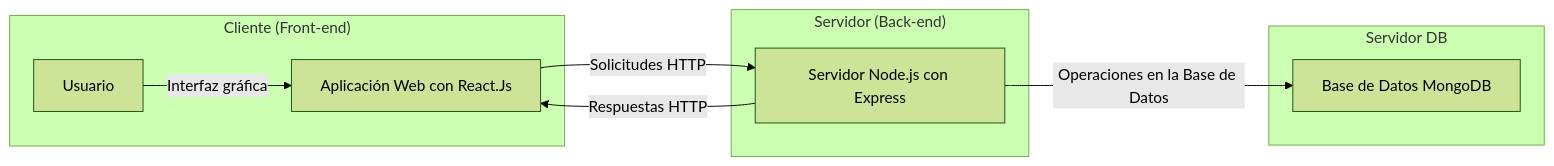
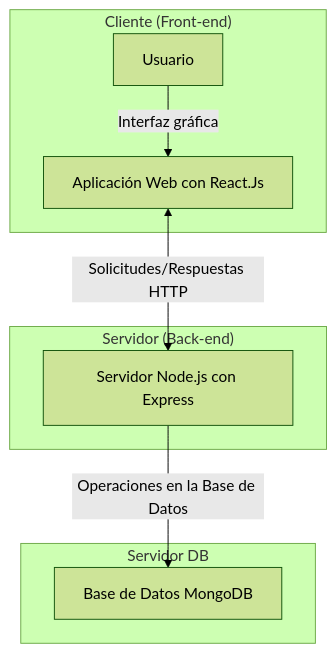
Before and after one commit to StephanJ98/challenges: the first of 7 diagrams in challenge_X/README.md, drawn with Mermaid (forest theme). The commit also changed other lines of this file, not shown here.

Commit message:
:memo: Update challenge_X/README.md

````diff
--- a/challenge_X/README.md
+++ b/challenge_X/README.md
@@ -37,16 +37,15 @@
 ```mermaid
-flowchart LR
+flowchart TD
 
 subgraph "Cliente (Front-end)"
   A[Usuario] -->|Interfaz gráfica| B[Aplicación Web con React.Js]
 end
 
 subgraph "Servidor (Back-end)"
-  B -->|Solicitudes HTTP| D[Servidor Node.js con Express]
-  D -->|Respuestas HTTP| B
+  B <-->|Solicitudes/Respuestas HTTP| D[Servidor Node.js con Express]
 end
 
 subgraph "Servidor DB"
   D -->|Operaciones en la Base de Datos| F[Base de Datos MongoDB]
 end
 ```
````
